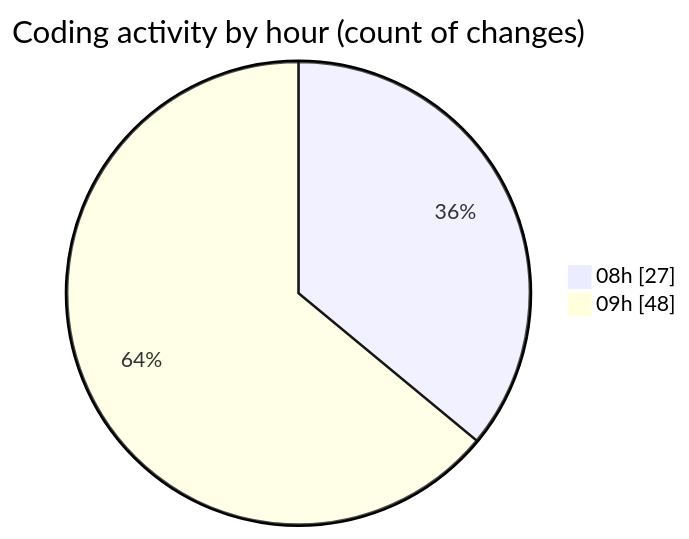
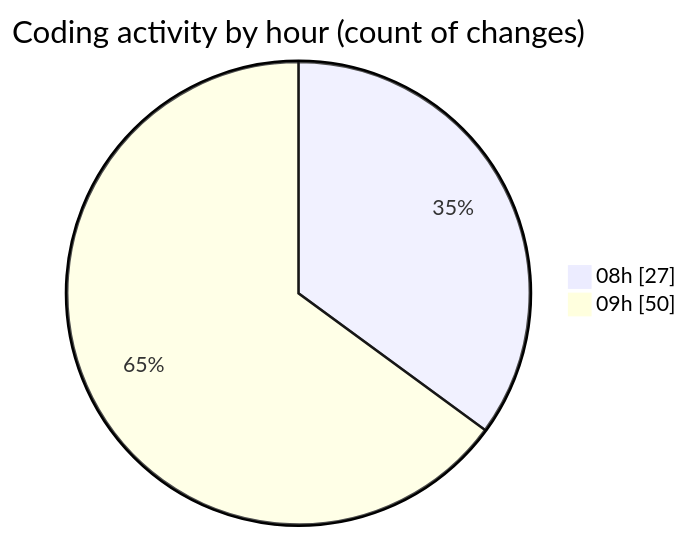
One commit to ernivani/code-tracking changed the second of 2 diagrams in 2025-01-03/nextjs-webllm/README.md. Above: the diagram before and after it, drawn with Mermaid. The commit also changed other lines of this file and 5 other files, not shown here.

````diff
--- a/2025-01-03/nextjs-webllm/README.md
+++ b/2025-01-03/nextjs-webllm/README.md
@@ -56,6 +56,6 @@
 ```mermaid
 pie showData
 title Coding activity by hour (count of changes)
 "08h" : 27
-"09h" : 48
+"09h" : 50
 ```
````
